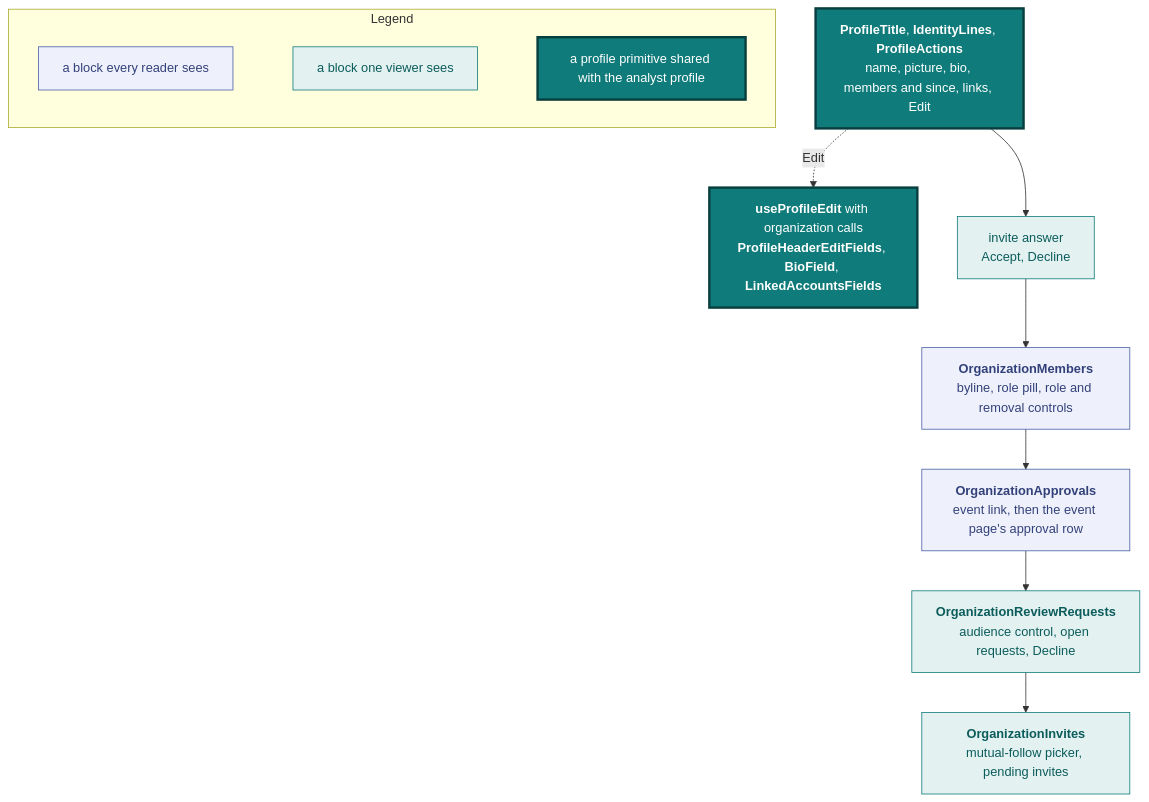
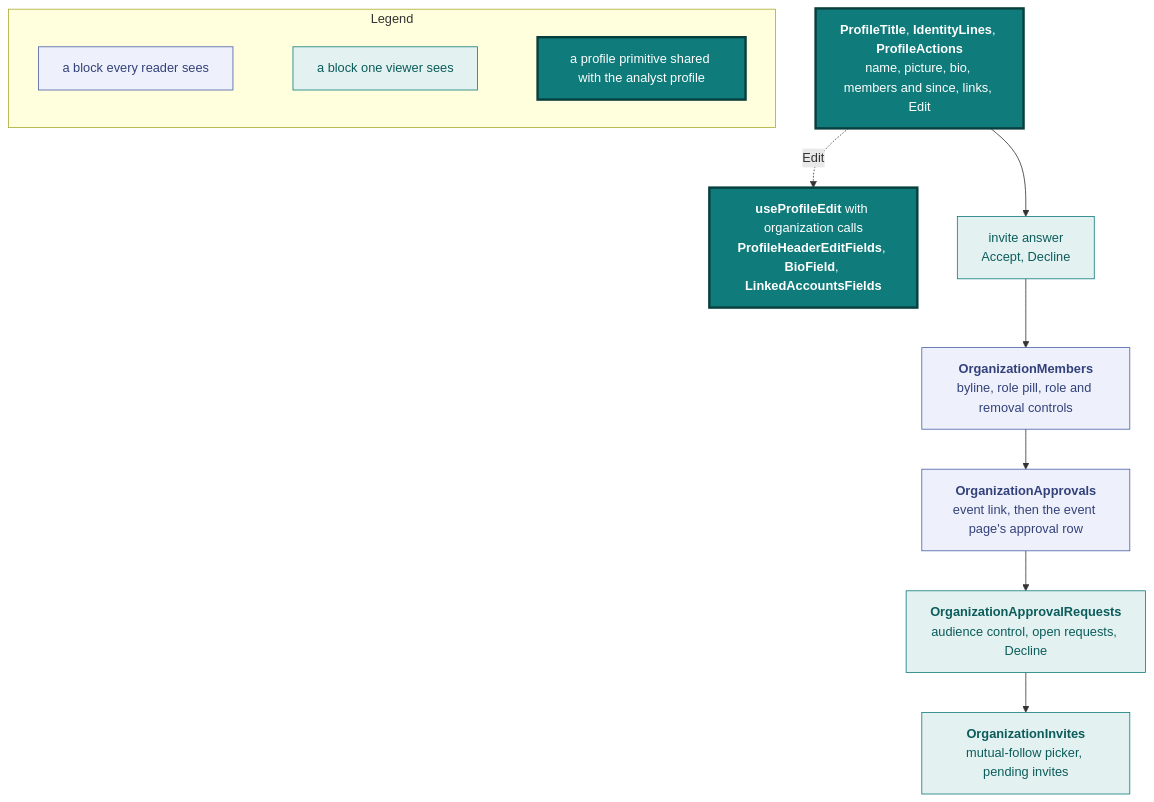
Before and after one commit to vidithq/vidit: the ninth of 11 diagrams in docs/design.md, drawn with Mermaid. The commit also changed other lines of this file and 96 other files, not shown here.

````diff
--- a/docs/design.md
+++ b/docs/design.md
@@ -741,32 +876,32 @@
 ```mermaid
 flowchart TB
   classDef spec fill:#eef1fb,stroke:#4a5fa5,color:#33417a
   classDef shared fill:#e3f2f1,stroke:#0f7b7a,color:#0b5c5b
   classDef core fill:#0f7b7a,stroke:#083f3e,stroke-width:3px,color:#ffffff
 
   subgraph legend [Legend]
     direction LR
     l1["`a block every reader sees`"]:::spec
     l2["`a block one viewer sees`"]:::shared
     l3["`a profile primitive shared with the analyst profile`"]:::core
     l1 ~~~ l2 ~~~ l3
   end
 
   header["`**ProfileTitle**, **IdentityLines**, **ProfileActions**
   name, picture, bio, members and since, links, Edit`"]:::core
   edit["`**useProfileEdit** with organization calls
   **ProfileHeaderEditFields**, **BioField**, **LinkedAccountsFields**`"]:::core
   answer["`invite answer
   Accept, Decline`"]:::shared
   members["`**OrganizationMembers**
   byline, role pill, role and removal controls`"]:::spec
   approvals["`**OrganizationApprovals**
   event link, then the event page's approval row`"]:::spec
-  requests["`**OrganizationReviewRequests**
+  requests["`**OrganizationApprovalRequests**
   audience control, open requests, Decline`"]:::shared
   invites["`**OrganizationInvites**
   mutual-follow picker, pending invites`"]:::shared
 
   header --> answer --> members --> approvals --> requests --> invites
   header -.->|Edit| edit
 ```
````
